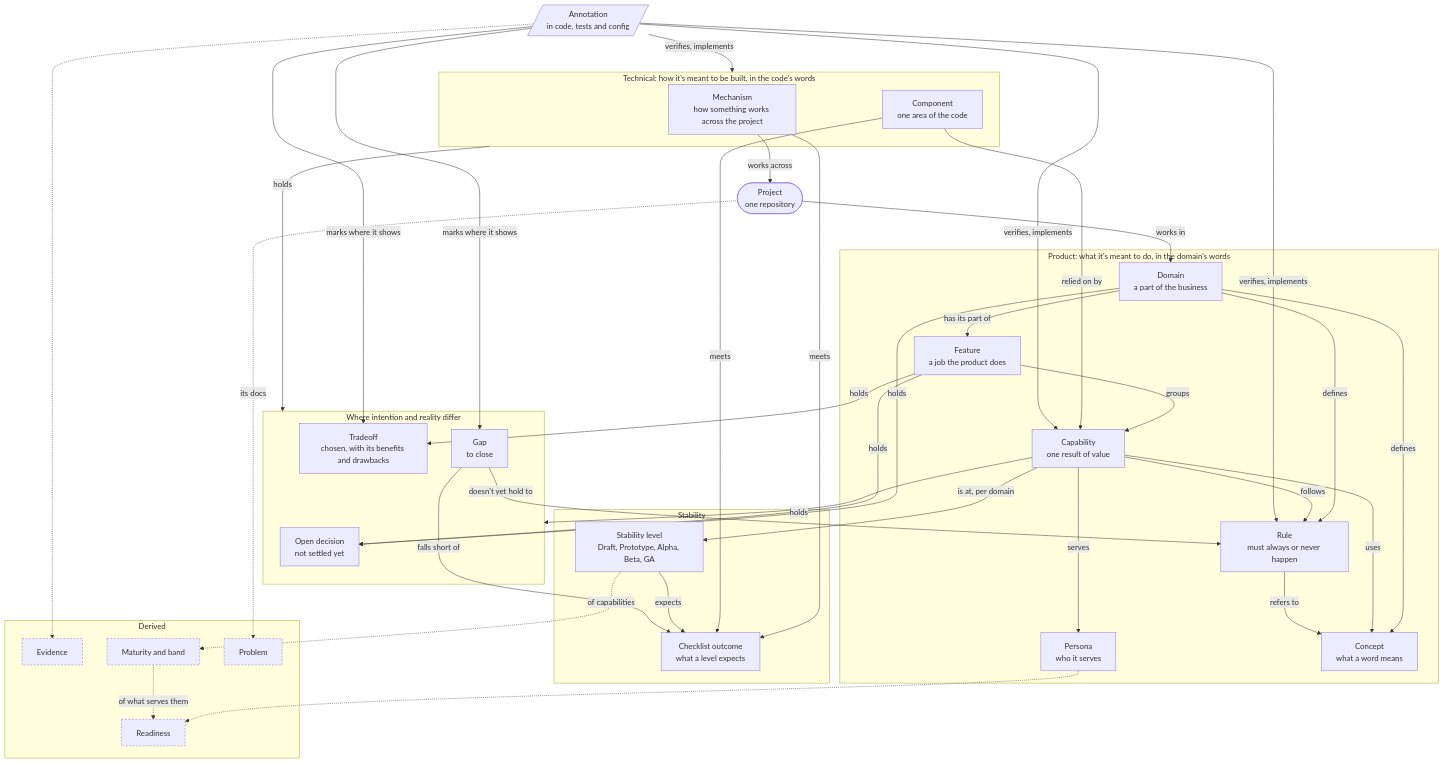
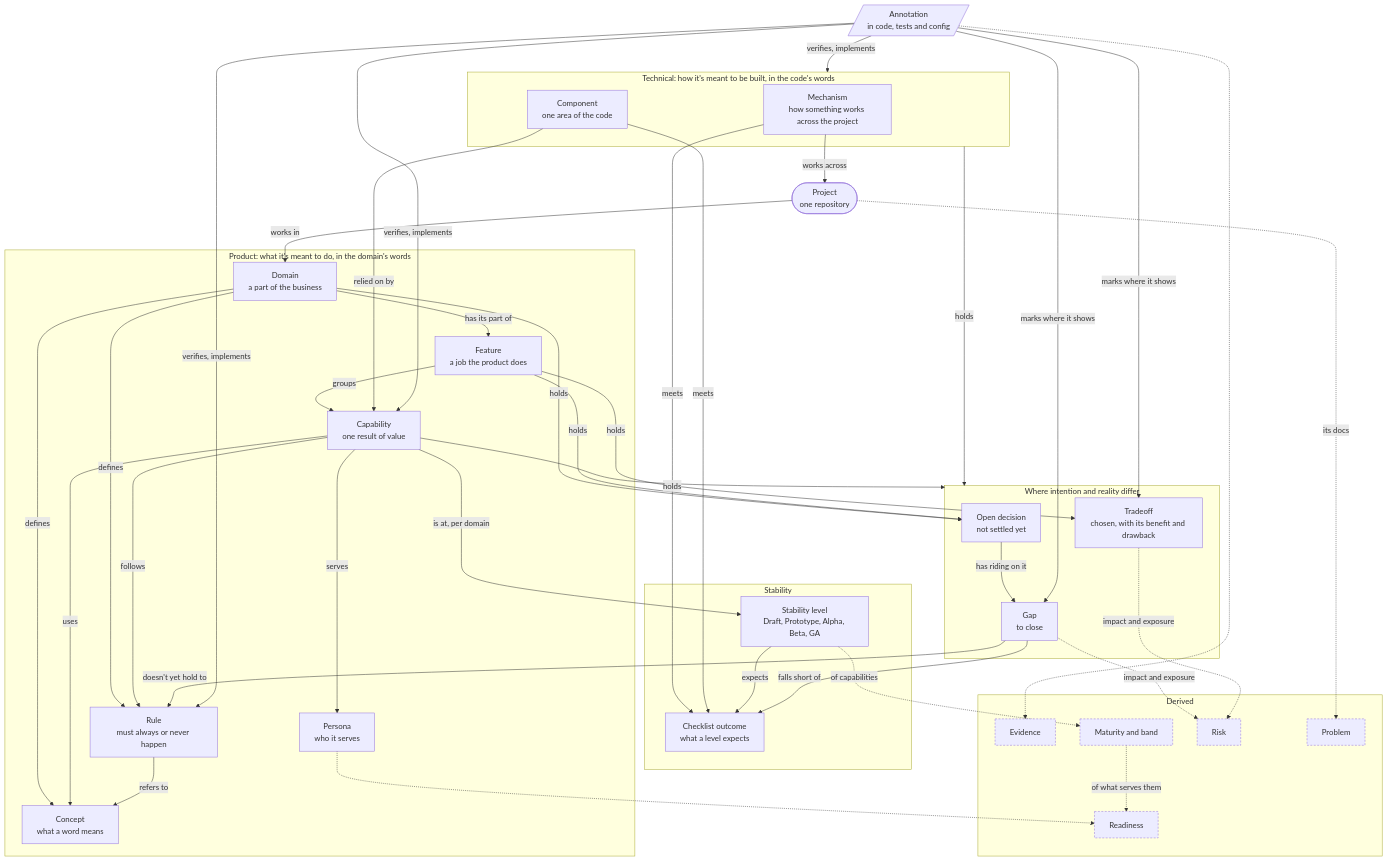
The diagram in docs/domain/overview.md (docqet/docqet), drawn with Mermaid before and after one commit. The commit also changed other lines of this file and 91 other files, not shown here.

First line of the commit message:
Order gaps by risk, from an impact declared on each gap and tradeoff

````diff
--- a/docs/domain/overview.md
+++ b/docs/domain/overview.md
@@ -65,74 +67,77 @@
 ```mermaid
 flowchart TB
   project(["Project<br/>one repository"])
 
   subgraph product ["Product: what it's meant to do, in the domain's words"]
     domain["Domain<br/>a part of the business"]
     feature["Feature<br/>a job the product does"]
     capability["Capability<br/>one result of value"]
     persona["Persona<br/>who it serves"]
     rule["Rule<br/>must always or never happen"]
     concept["Concept<br/>what a word means"]
   end
 
   subgraph technical ["Technical: how it's meant to be built, in the code's words"]
     mechanism["Mechanism<br/>how something works across the project"]
     component["Component<br/>one area of the code"]
   end
 
   subgraph differ ["Where intention and reality differ"]
     decision["Open decision<br/>not settled yet"]
     gap["Gap<br/>to close"]
-    tradeoff["Tradeoff<br/>chosen, with its benefits and drawbacks"]
+    tradeoff["Tradeoff<br/>chosen, with its benefit and drawback"]
   end
 
   subgraph stability ["Stability"]
     level["Stability level<br/>Draft, Prototype, Alpha, Beta, GA"]
     outcome["Checklist outcome<br/>what a level expects"]
   end
 
   annotation[/"Annotation<br/>in code, tests and config"/]
 
   subgraph derived ["Derived"]
     evidence["Evidence"]
     maturity["Maturity and band"]
     readiness["Readiness"]
+    risk["Risk"]
     problem["Problem"]
   end
 
   project -- "works in" --> domain
   domain -- "has its part of" --> feature
   domain -- "defines" --> rule & concept
   feature -- "groups" --> capability
   capability -- "serves" --> persona
   capability -- "follows" --> rule
   capability -- "uses" --> concept
   rule -- "refers to" --> concept
 
   component -- "relied on by" --> capability
   mechanism -- "works across" --> project
   mechanism & component -- "meets" --> outcome
 
   capability -- "is at, per domain" --> level
   level -- "expects" --> outcome
 
   domain -- "holds" --> decision
   feature -- "holds" --> decision & tradeoff
   capability -- "holds" --> differ
   technical -- "holds" --> differ
 
   gap -- "falls short of" --> outcome
   gap -- "doesn't yet hold to" --> rule
+  decision -- "has riding on it" --> gap
 
   annotation -- "verifies, implements" --> rule & capability & technical
   annotation -- "marks where it shows" --> gap & tradeoff
 
   annotation -.-> evidence
   level -. "of capabilities" .-> maturity
   persona -.-> readiness
   maturity -. "of what serves them" .-> readiness
+  gap & tradeoff -. "impact and exposure" .-> risk
   project -. "its docs" .-> problem
 
   classDef derivedNode stroke-dasharray: 4 3
-  class evidence,maturity,readiness,problem derivedNode
+  class evidence,maturity,readiness,risk,problem derivedNode
 ```
````
